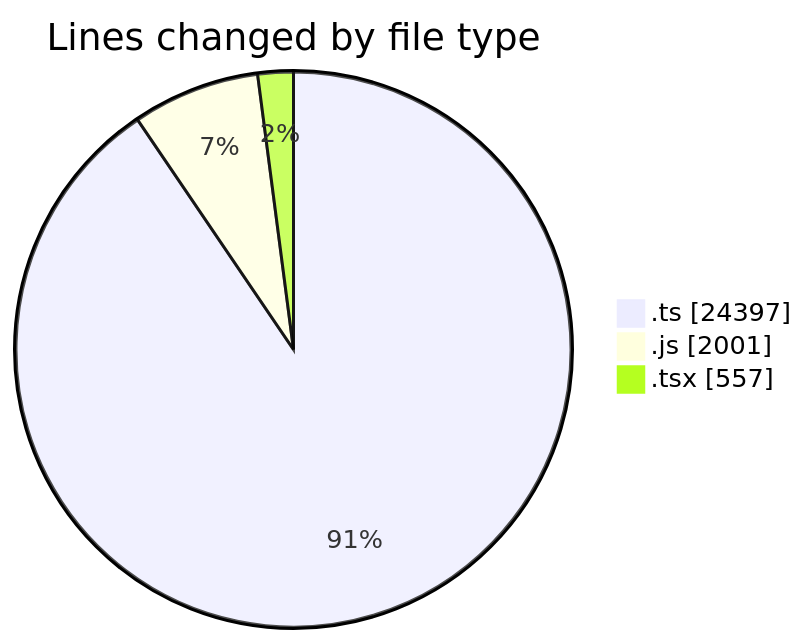
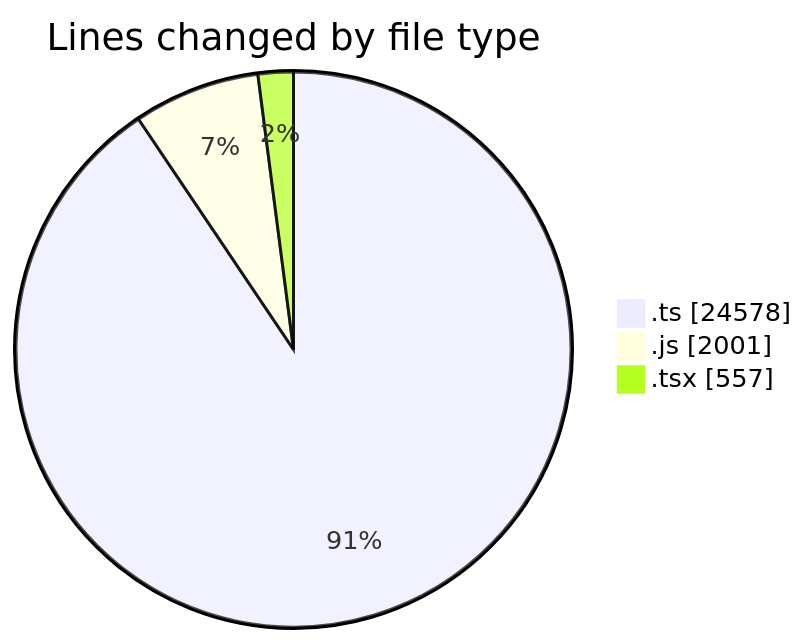
One commit to momahboobian/code-tracking changed the first of 2 diagrams in 2025-06-20/cda/README.md. Above: the diagram before and after it, drawn with Mermaid. The commit also changed other lines of this file and 1 other file, not shown here.

````diff
--- a/2025-06-20/cda/README.md
+++ b/2025-06-20/cda/README.md
@@ -36,7 +37,7 @@
 ```mermaid
 pie showData
 title Lines changed by file type
-".ts" : 24397
+".ts" : 24578
 ".js" : 2001
 ".tsx" : 557
 ```
````
